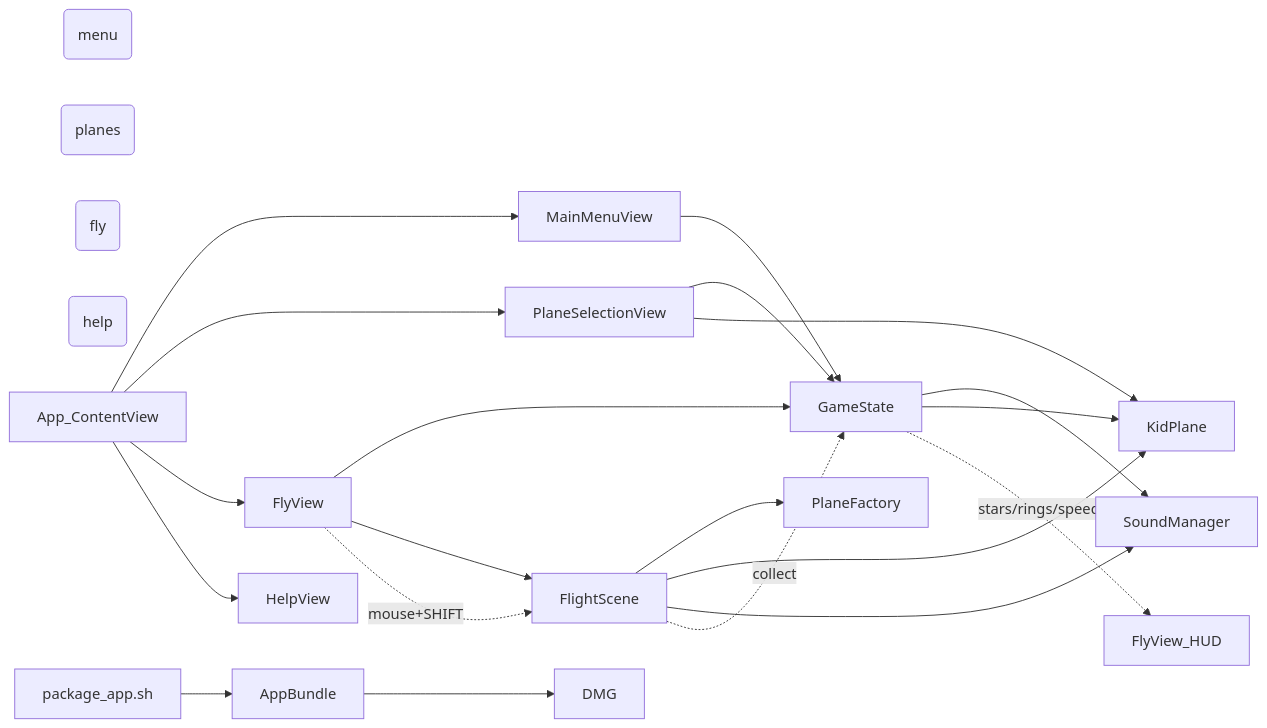
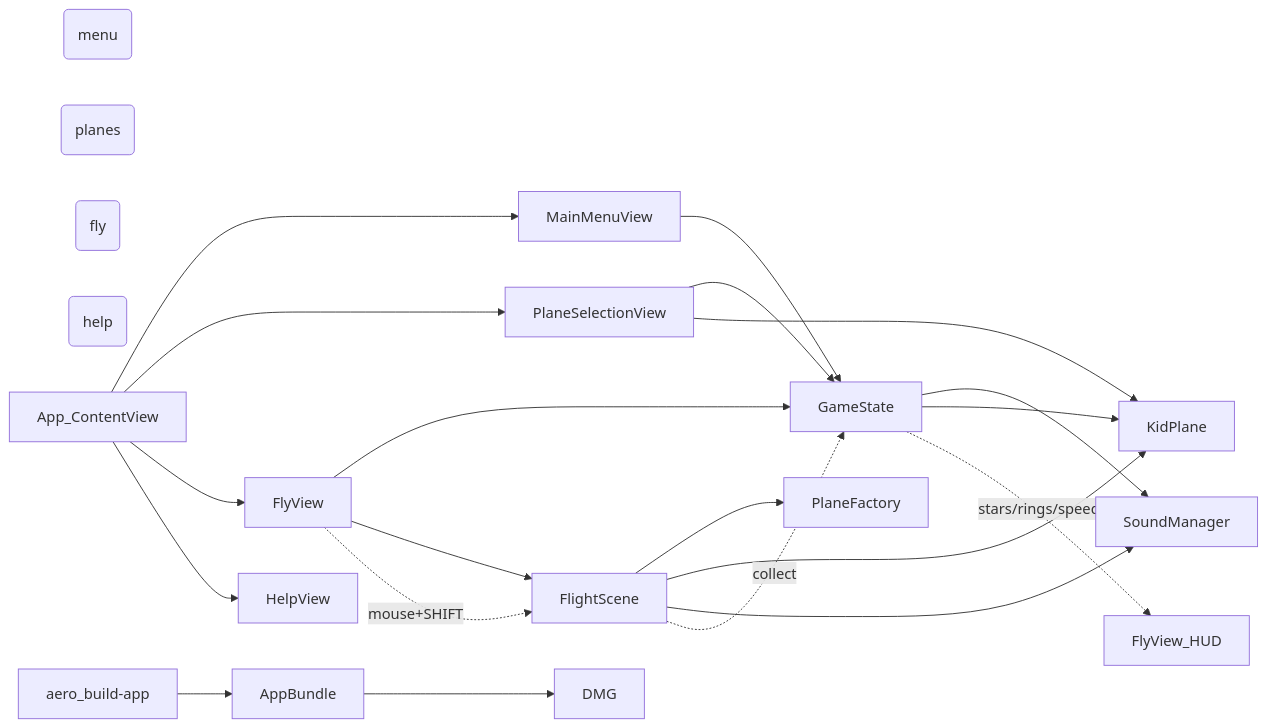
The diagram in docs/systematic-map.mmd (getwinharris/AeroplandOffileSimulator), drawn with Mermaid before and after one commit. The commit also changed 14 other files, not shown here.

```diff
--- a/docs/systematic-map.mmd
+++ b/docs/systematic-map.mmd
@@ -1,25 +1,25 @@
 graph LR
   %% Screens → Views → Models → Game systems
   screen_menu(menu)
   screen_planes(planes)
   screen_fly(fly)
   screen_help(help)
   App_ContentView --> MainMenuView
   App_ContentView --> PlaneSelectionView
   App_ContentView --> FlyView
   App_ContentView --> HelpView
   MainMenuView --> GameState
   PlaneSelectionView --> GameState
   PlaneSelectionView --> KidPlane
   FlyView --> GameState
   FlyView --> FlightScene
   FlightScene --> PlaneFactory
   FlightScene --> KidPlane
   FlightScene --> SoundManager
   GameState --> SoundManager
   GameState --> KidPlane
-  package_app.sh --> AppBundle
+  aero_build-app --> AppBundle
   AppBundle --> DMG
   GameState -.->|stars/rings/speed| FlyView_HUD
   FlyView -.->|mouse+SHIFT| FlightScene
   FlightScene -.->|collect| GameState
```
